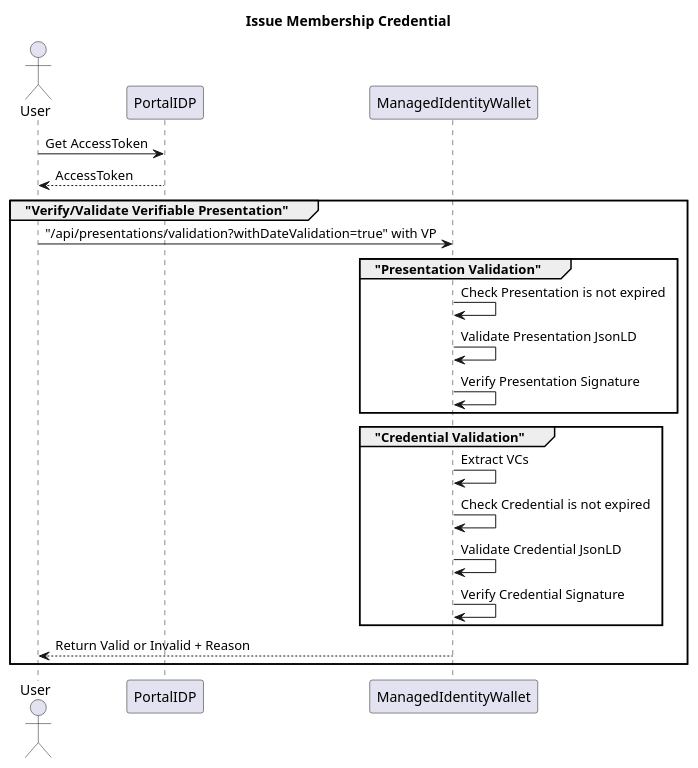
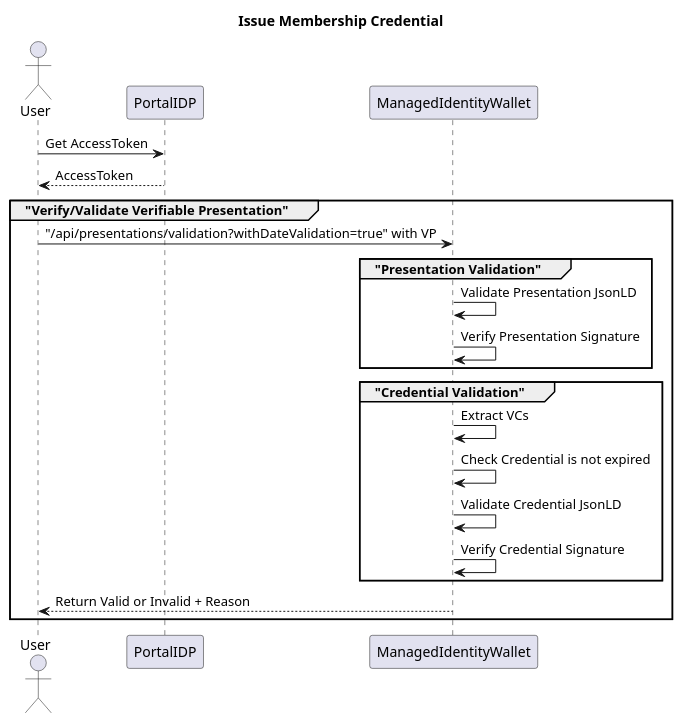
The sixth of 6 diagrams in docs/architecture/cx-3-2/2. Managed Identity Wallet/arc42/main.md (borisrizov-zf/ssi-docu), drawn with PlantUML before and after one commit.

Commit message:
chore(doc): remove non-existant flow

````diff
--- a/docs/architecture/cx-3-2/2. Managed Identity Wallet/arc42/main.md
+++ b/docs/architecture/cx-3-2/2. Managed Identity Wallet/arc42/main.md
@@ -331,29 +331,28 @@
 ```plantuml
 title Issue Membership Credential
 
 actor User as User
 
 participant PortalIDP as keycloak
 participant ManagedIdentityWallet as MIW
 
 box "Get Accesstoken"
   User -> keycloak: Get AccessToken
   keycloak --> User: AccessToken
 end box
 
 group "Verify/Validate Verifiable Presentation"
     User -> MIW: "/api/presentations/validation?withDateValidation=true" with VP
     group "Presentation Validation" 
-        MIW -> MIW: Check Presentation is not expired
         MIW -> MIW: Validate Presentation JsonLD
         MIW -> MIW: Verify Presentation Signature
     end group
     group "Credential Validation"
         MIW -> MIW: Extract VCs
         MIW -> MIW: Check Credential is not expired
         MIW -> MIW: Validate Credential JsonLD
         MIW -> MIW: Verify Credential Signature
     end group
     MIW --> User: Return Valid or Invalid + Reason
 end group
 ```
````
